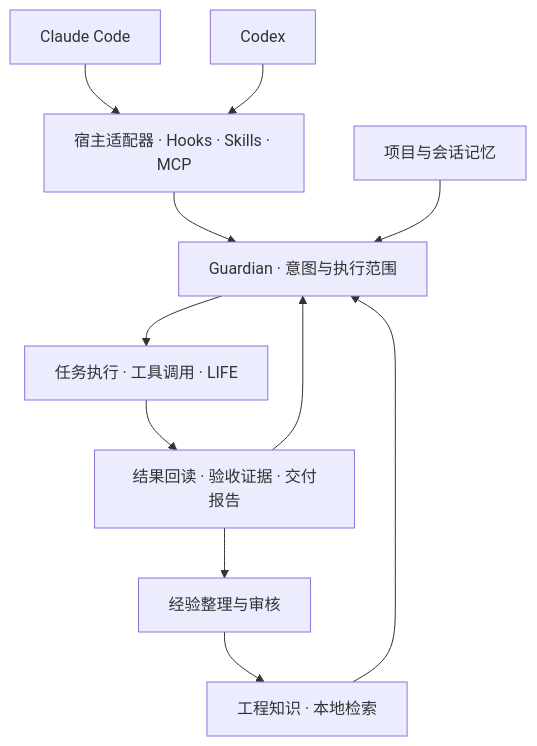
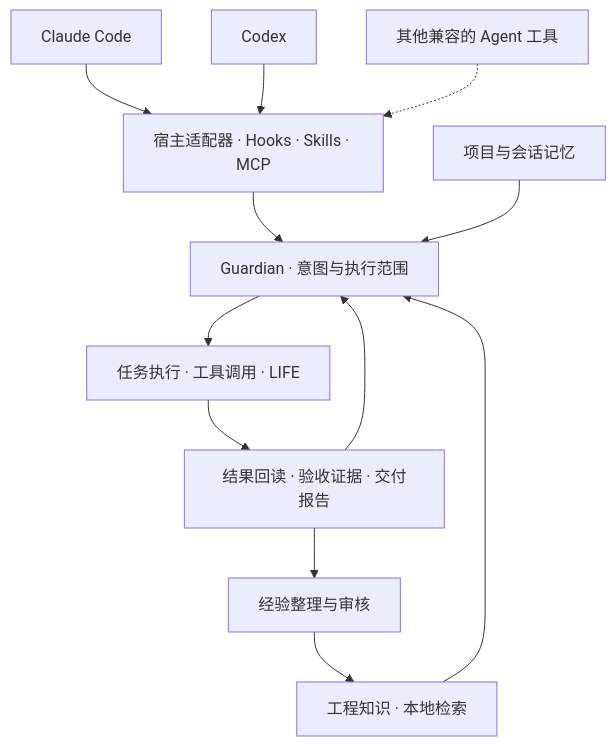
One commit to EthanReedLabs/sulde changed the diagram in README.zh-CN.md. Above: the diagram before and after it, drawn with Mermaid. The commit also changed other lines of this file and 8 other files, not shown here.

````diff
--- a/README.zh-CN.md
+++ b/README.zh-CN.md
@@ -44,13 +46,14 @@
 ```mermaid
 flowchart TB
     Claude[Claude Code] --> Adapters[宿主适配器 · Hooks · Skills · MCP]
     Codex[Codex] --> Adapters
+    Compatible[其他兼容的 Agent 工具] -.-> Adapters
     Adapters --> Guardian[Guardian · 意图与执行范围]
     Guardian --> Execution[任务执行 · 工具调用 · LIFE]
     Execution --> Evidence[结果回读 · 验收证据 · 交付报告]
     Evidence --> Guardian
     Knowledge[工程知识 · 本地检索] --> Guardian
     Memory[项目与会话记忆] --> Guardian
     Evidence --> Review[经验整理与审核]
     Review --> Knowledge
 ```
````
